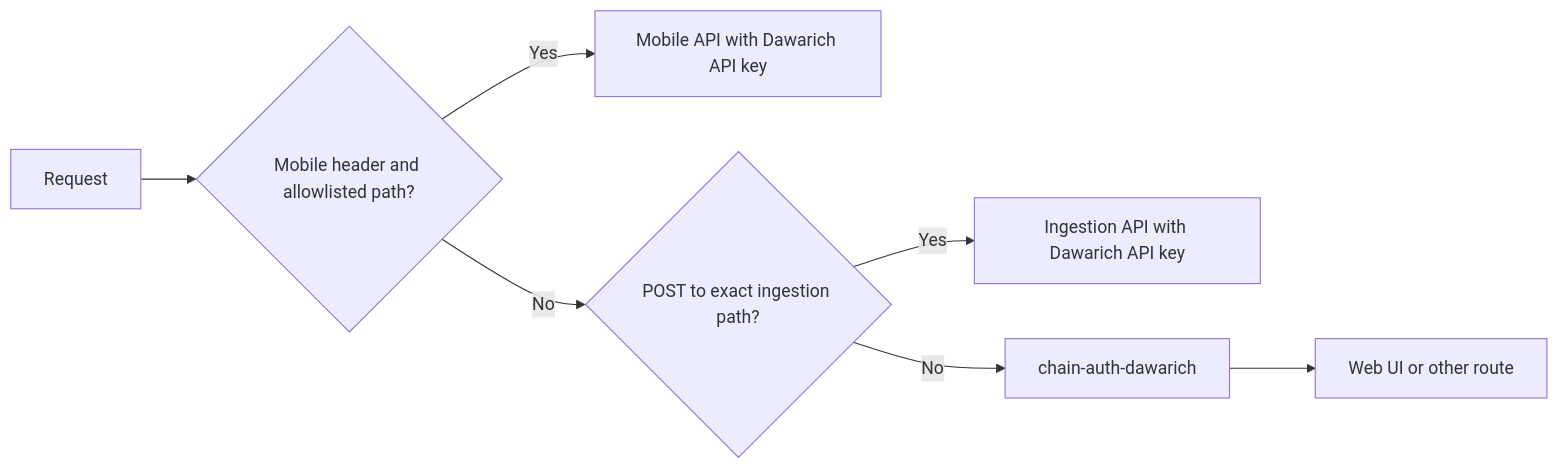
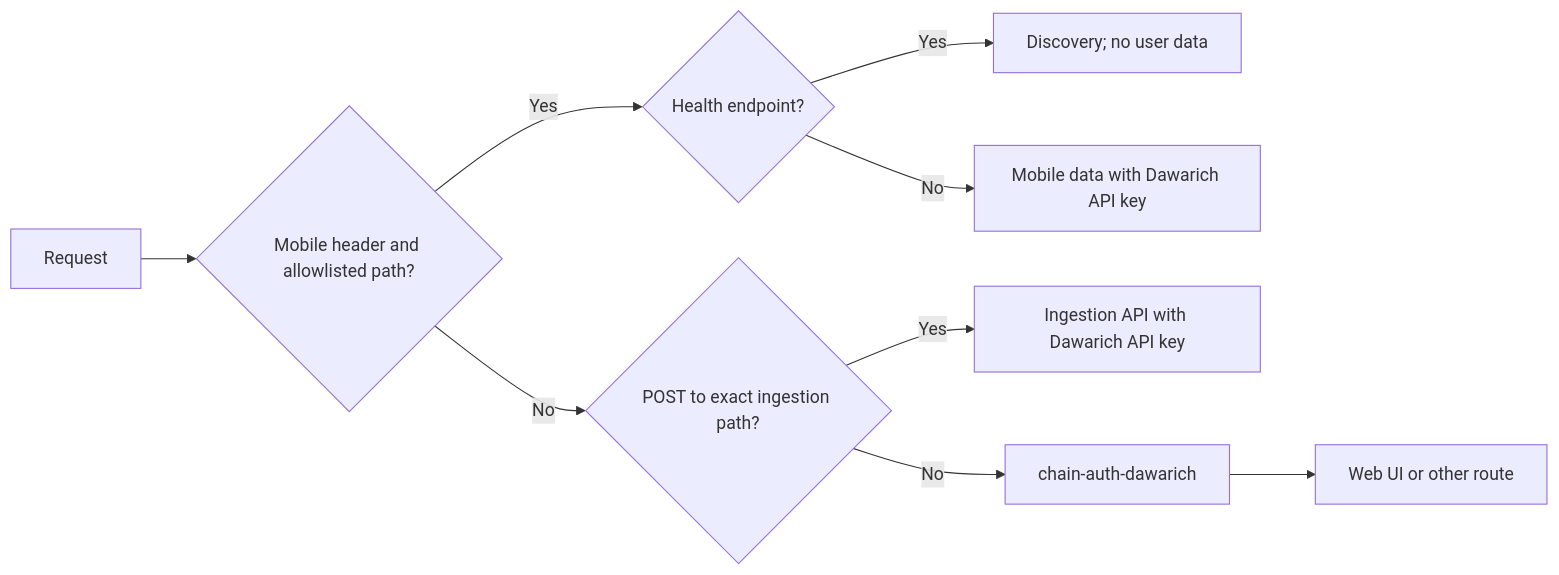
Before and after one commit to DevSecNinja/truenas-apps: the diagram in docs/ARCHITECTURE.md, drawn with Mermaid. The commit also changed other lines of this file and 4 other files, not shown here.

Commit message:
fix(dawarich): harden mobile proxy behavior

````diff
--- a/docs/ARCHITECTURE.md
+++ b/docs/ARCHITECTURE.md
@@ -373,9 +379,11 @@
 ```mermaid
 flowchart LR
     Request --> Mobile{Mobile header and allowlisted path?}
-    Mobile -->|Yes| MobileAPI[Mobile API with Dawarich API key]
+    Mobile -->|Yes| Health{Health endpoint?}
+    Health -->|Yes| Discovery[Discovery; no user data]
+    Health -->|No| MobileAPI[Mobile data with Dawarich API key]
     Mobile -->|No| Ingest{POST to exact ingestion path?}
     Ingest -->|Yes| IngestAPI[Ingestion API with Dawarich API key]
     Ingest -->|No| Entra[chain-auth-dawarich]
     Entra --> Default[Web UI or other route]
 ```
````
